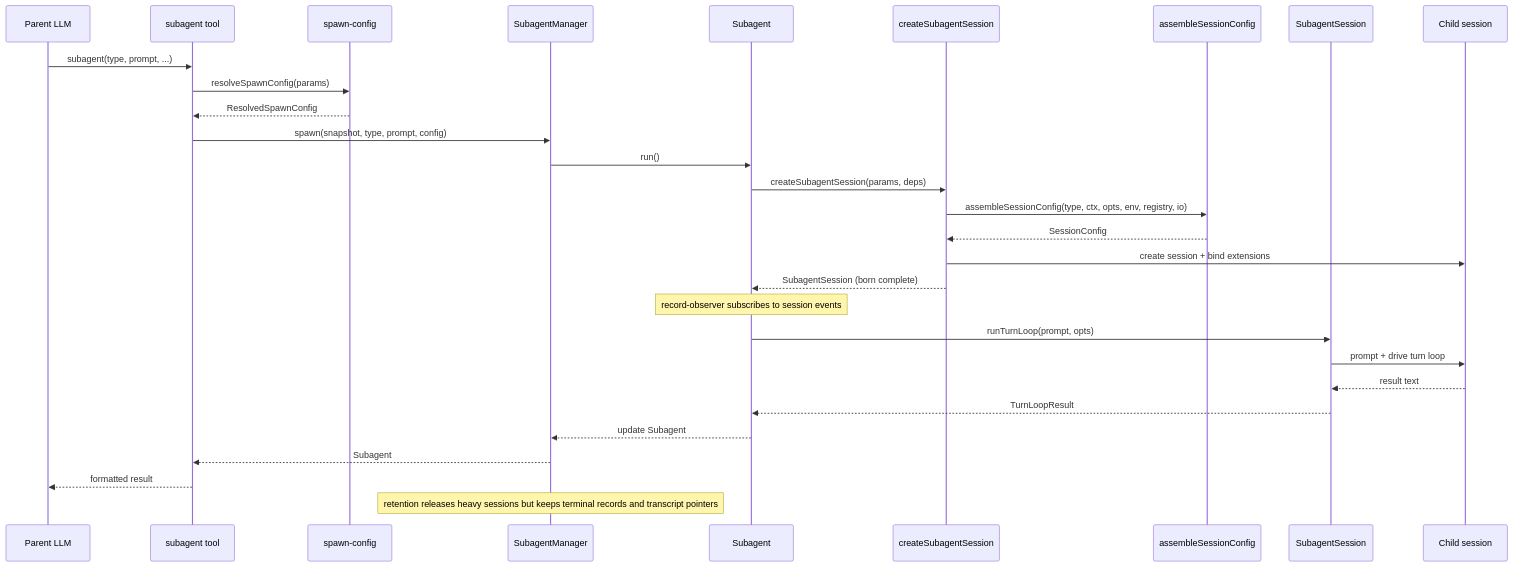
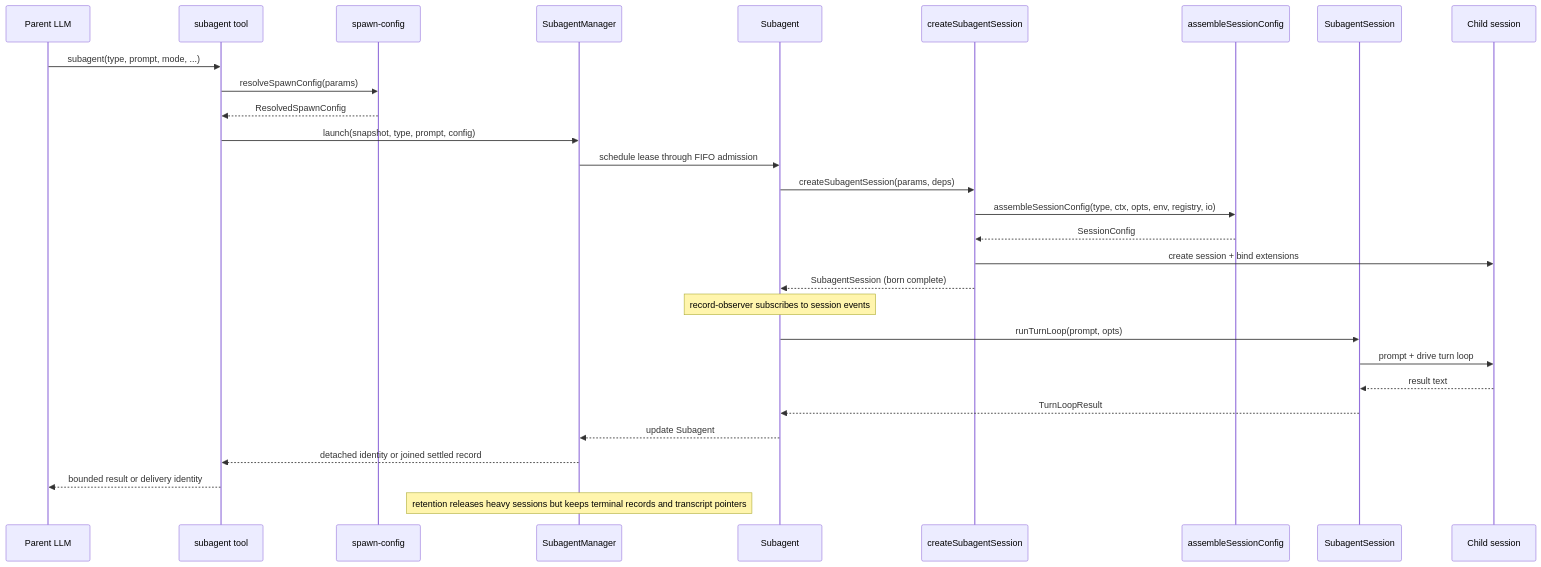
Before and after one commit to nklisch/pi-extensions: the fourth of 6 diagrams in packages/pi-subagents/docs/architecture/architecture.md, drawn with Mermaid. The commit also changed other lines of this file and 131 other files, not shown here.

````diff
--- a/packages/pi-subagents/docs/architecture/architecture.md
+++ b/packages/pi-subagents/docs/architecture/architecture.md
@@ -250,32 +243,32 @@
 ```mermaid
 sequenceDiagram
     participant LLM as Parent LLM
     participant Tool as subagent tool
     participant Spawn as spawn-config
     participant Mgr as SubagentManager
     participant Ag as Subagent
     participant Factory as createSubagentSession
     participant Asm as assembleSessionConfig
     participant Sub as SubagentSession
     participant Child as Child session
 
-    LLM->>Tool: subagent(type, prompt, ...)
+    LLM->>Tool: subagent(type, prompt, mode, ...)
     Tool->>Spawn: resolveSpawnConfig(params)
     Spawn-->>Tool: ResolvedSpawnConfig
-    Tool->>Mgr: spawn(snapshot, type, prompt, config)
-    Mgr->>Ag: run()
+    Tool->>Mgr: launch(snapshot, type, prompt, config)
+    Mgr->>Ag: schedule lease through FIFO admission
     Ag->>Factory: createSubagentSession(params, deps)
     Factory->>Asm: assembleSessionConfig(type, ctx, opts, env, registry, io)
     Asm-->>Factory: SessionConfig
     Factory->>Child: create session + bind extensions
     Factory-->>Ag: SubagentSession (born complete)
     Note over Ag: record-observer subscribes to session events
     Ag->>Sub: runTurnLoop(prompt, opts)
     Sub->>Child: prompt + drive turn loop
     Child-->>Sub: result text
     Sub-->>Ag: TurnLoopResult
     Ag-->>Mgr: update Subagent
-    Mgr-->>Tool: Subagent
-    Tool-->>LLM: formatted result
+    Mgr-->>Tool: detached identity or joined settled record
+    Tool-->>LLM: bounded result or delivery identity
     Note over Mgr: retention releases heavy sessions but keeps terminal records and transcript pointers
 ```
````
